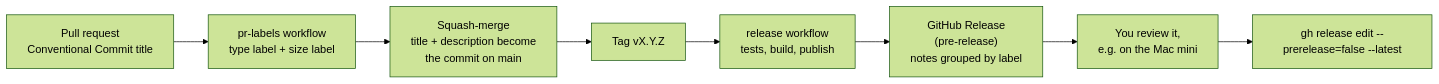
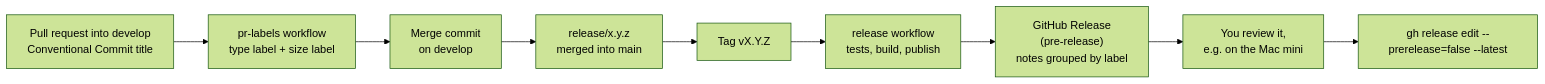
One commit to devdaviddr/minidash changed the second of 2 diagrams in docs/releasing.md. Above: the diagram before and after it, drawn with Mermaid (forest theme). The commit also changed other lines of this file, not shown here.

First line of the commit message:
docs: rewrite the release procedure for Git Flow

````diff
--- a/docs/releasing.md
+++ b/docs/releasing.md
@@ -10,10 +44,11 @@
 ```mermaid
 flowchart LR
-  pr["Pull request<br/>Conventional Commit title"] --> labels["pr-labels workflow<br/>type label + size label"]
-  labels --> merge["Squash-merge<br/>title + description become<br/>the commit on main"]
-  merge --> tag["Tag vX.Y.Z"]
+  pr["Pull request into develop<br/>Conventional Commit title"] --> labels["pr-labels workflow<br/>type label + size label"]
+  labels --> merge["Merge commit<br/>on develop"]
+  merge --> rel["release/x.y.z<br/>merged into main"]
+  rel --> tag["Tag vX.Y.Z"]
   tag --> release["release workflow<br/>tests, build, publish"]
   release --> pre["GitHub Release<br/>(pre-release)<br/>notes grouped by label"]
   pre --> review["You review it,<br/>e.g. on the Mac mini"]
   review --> promote["gh release edit --prerelease=false --latest"]
 ```
````
